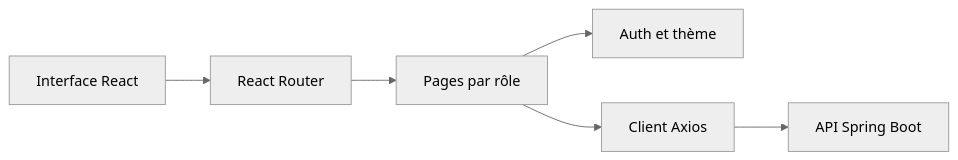
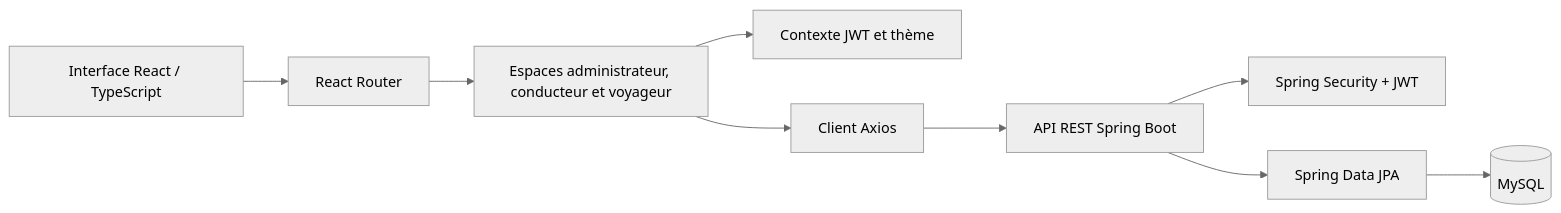
Before and after one commit to KhaledZouari/carpooling-platform: the first of 2 diagrams in README.md, drawn with Mermaid (neutral theme). The commit also changed other lines of this file, not shown here.

````diff
--- a/README.md
+++ b/README.md
@@ -21,8 +21,11 @@
 ```mermaid
 flowchart LR
-    Browser[Interface React] --> Router[React Router]
-    Router --> Pages[Pages par rôle]
-    Pages --> Context[Auth et thème]
+    Browser[Interface React / TypeScript] --> Router[React Router]
+    Router --> Pages[Espaces administrateur, conducteur et voyageur]
+    Pages --> Context[Contexte JWT et thème]
     Pages --> API[Client Axios]
-    API --> Backend[API Spring Boot]
+    API --> Backend[API REST Spring Boot]
+    Backend --> Security[Spring Security + JWT]
+    Backend --> JPA[Spring Data JPA]
+    JPA --> DB[(MySQL)]
 ```
````
